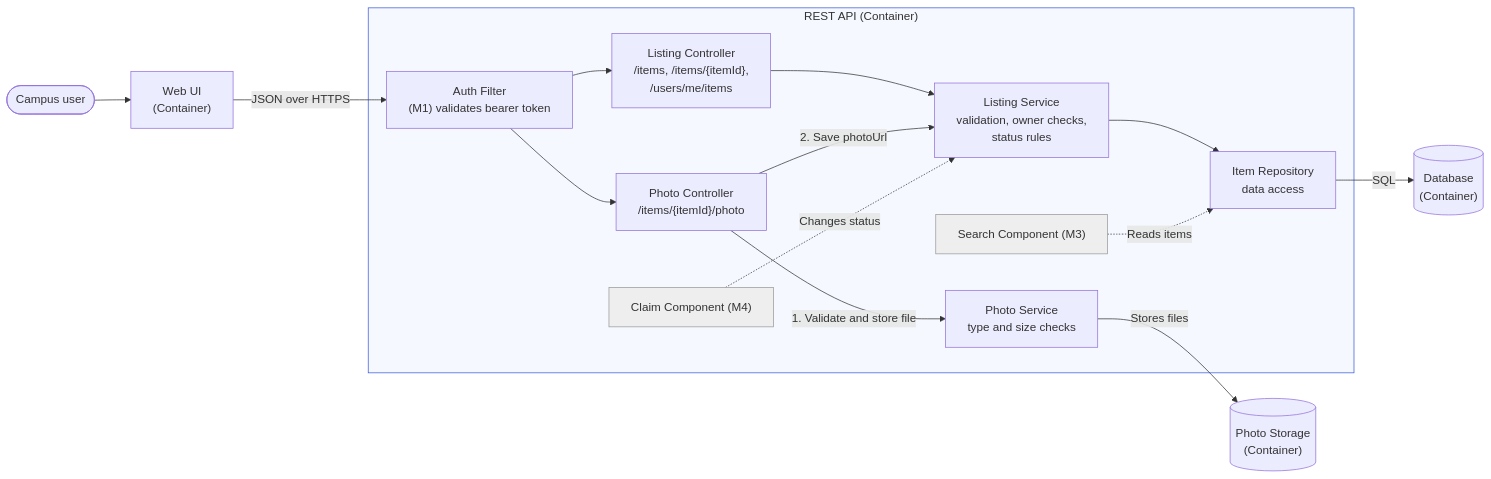
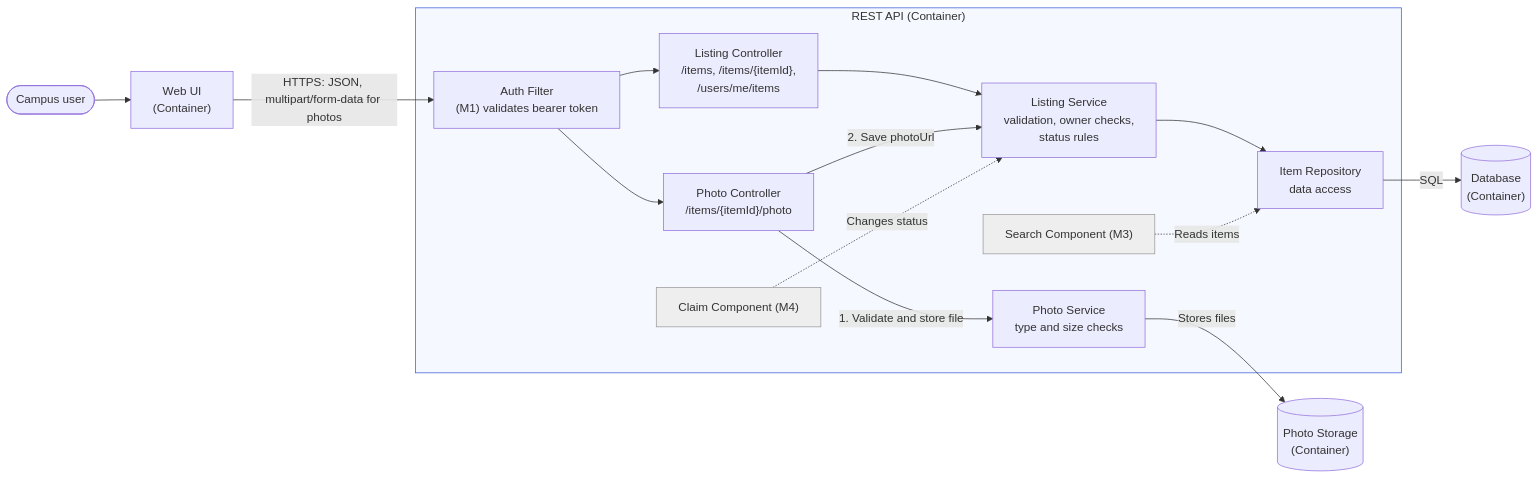
The third of 3 diagrams in docs/architecture/m2-uml.md (seng321-team24/campus-lost-and-found-portal), drawn with Mermaid before and after one commit. The commit also changed other lines of this file, not shown here.

Commit message:
docs(m2): fix C4 protocol label and claimId path (#50)
Updated the claim decision reference in the UML and clarified the data transfer formats in the component view.

````diff
--- a/docs/architecture/m2-uml.md
+++ b/docs/architecture/m2-uml.md
@@ -107,36 +107,36 @@
 ```mermaid
 flowchart LR
     user(["Campus user"])
     web["Web UI<br/>(Container)"]
 
     subgraph api ["REST API (Container)"]
         auth["Auth Filter<br/>(M1) validates bearer token"]
         ctrl["Listing Controller<br/>/items, /items/{itemId},<br/>/users/me/items"]
         photoCtrl["Photo Controller<br/>/items/{itemId}/photo"]
         svc["Listing Service<br/>validation, owner checks,<br/>status rules"]
         photoSvc["Photo Service<br/>type and size checks"]
         repo["Item Repository<br/>data access"]
         search["Search Component (M3)"]
         claims["Claim Component (M4)"]
     end
 
     db[("Database<br/>(Container)")]
     fs[("Photo Storage<br/>(Container)")]
 
     user --> web
-    web -->|"JSON over HTTPS"| auth
+    web -->|"HTTPS: JSON, multipart/form-data for photos"| auth
     auth --> ctrl
     auth --> photoCtrl
     ctrl --> svc
     photoCtrl -->|"1. Validate and store file"| photoSvc
     photoCtrl -->|"2. Save photoUrl"| svc
     svc --> repo
     photoSvc -->|"Stores files"| fs
     repo -->|"SQL"| db
     search -.->|"Reads items"| repo
     claims -.->|"Changes status"| svc
 
     style search fill:#EEEEEE,stroke:#999999
     style claims fill:#EEEEEE,stroke:#999999
     style api fill:#F5F8FF,stroke:#3B5BDB
 ```
````
